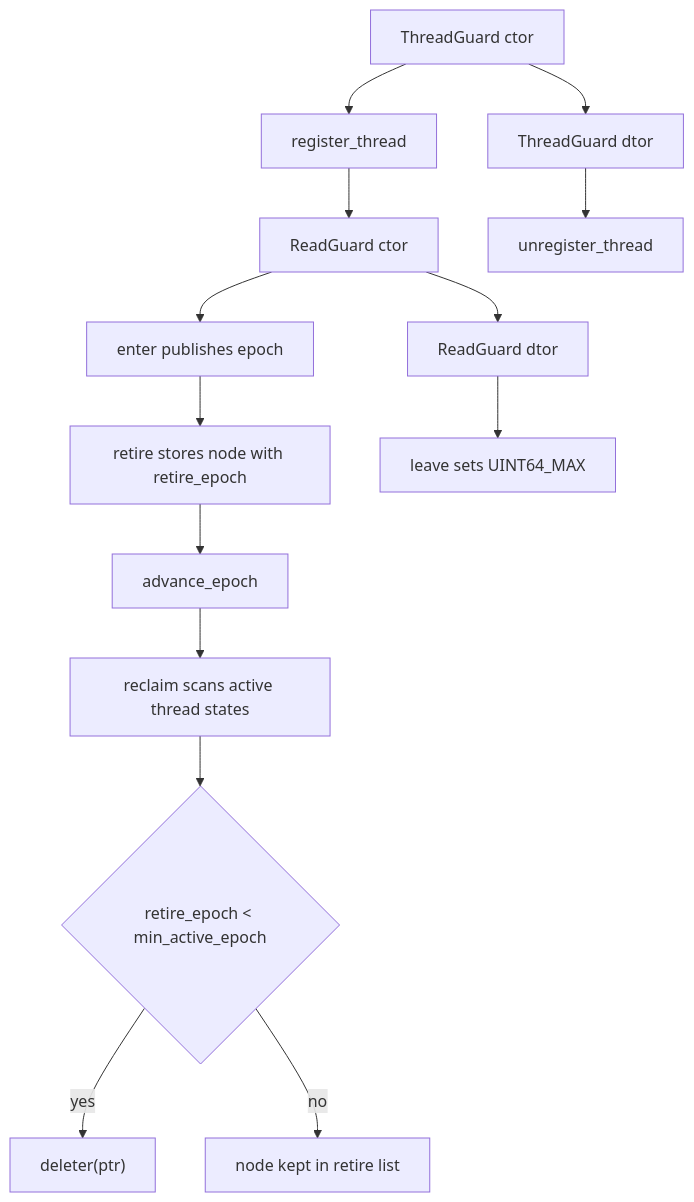
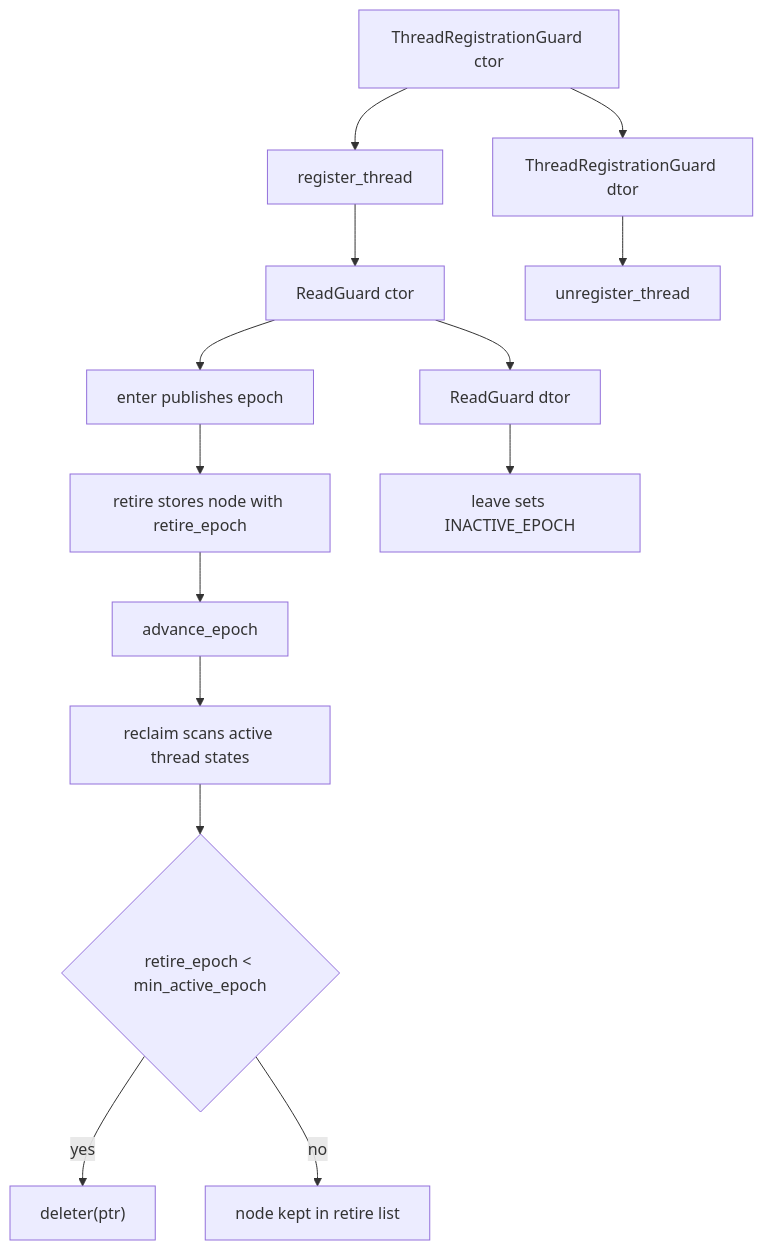
The diagram in docs/architecture/01-epoch-reclamation.md (ankitkr-04/strata-db), drawn with Mermaid before and after one commit. The commit also changed other lines of this file and 4 other files, not shown here.

Commit message:
Refactor EpochManager: rename ThreadGuard to ThreadRegistrationGuard, enhance thread management, and improve reclaim logic

````diff
--- a/docs/architecture/01-epoch-reclamation.md
+++ b/docs/architecture/01-epoch-reclamation.md
@@ -46,16 +47,16 @@
 ```mermaid
 flowchart TD
-    A[ThreadGuard ctor] --> B[register_thread]
+    A[ThreadRegistrationGuard ctor] --> B[register_thread]
     B --> C[ReadGuard ctor]
     C --> D[enter publishes epoch]
     D --> E[retire stores node with retire_epoch]
     E --> F[advance_epoch]
     F --> G[reclaim scans active thread states]
     G --> H{retire_epoch < min_active_epoch}
     H -- yes --> I["deleter(ptr)"]
     H -- no --> J[node kept in retire list]
     C --> K[ReadGuard dtor]
-    K --> L[leave sets UINT64_MAX]
-    A --> M[ThreadGuard dtor]
+    K --> L[leave sets INACTIVE_EPOCH]
+    A --> M[ThreadRegistrationGuard dtor]
     M --> N[unregister_thread]
 ```
````
